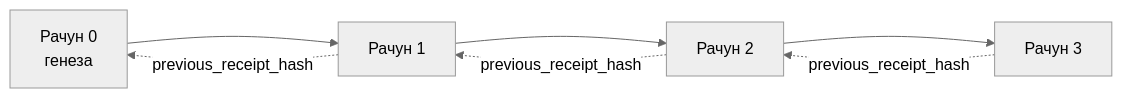
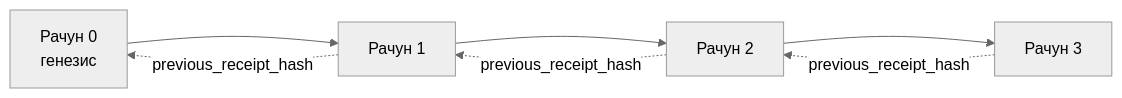
The second of 2 diagrams in mirrors/repos/microsoft@ai-agents-for-beginners/translations/sr/18-securing-ai-agents/README.md (gabrielmoreira/agent-skills-mirror), drawn with Mermaid (neutral theme) before and after one commit. The commit also changed other lines of this file and 2285 other files, not shown here.

````diff
--- a/mirrors/repos/microsoft@ai-agents-for-beginners/translations/sr/18-securing-ai-agents/README.md
+++ b/mirrors/repos/microsoft@ai-agents-for-beginners/translations/sr/18-securing-ai-agents/README.md
@@ -206,9 +206,9 @@
 ```mermaid
 flowchart LR
-    R0[Рачун 0<br/>генеза] --> R1[Рачун 1]
+    R0[Рачун 0<br/>генезис] --> R1[Рачун 1]
     R1 --> R2[Рачун 2]
     R2 --> R3[Рачун 3]
     R1 -. previous_receipt_hash .-> R0
     R2 -. previous_receipt_hash .-> R1
     R3 -. previous_receipt_hash .-> R2
 ```
````
